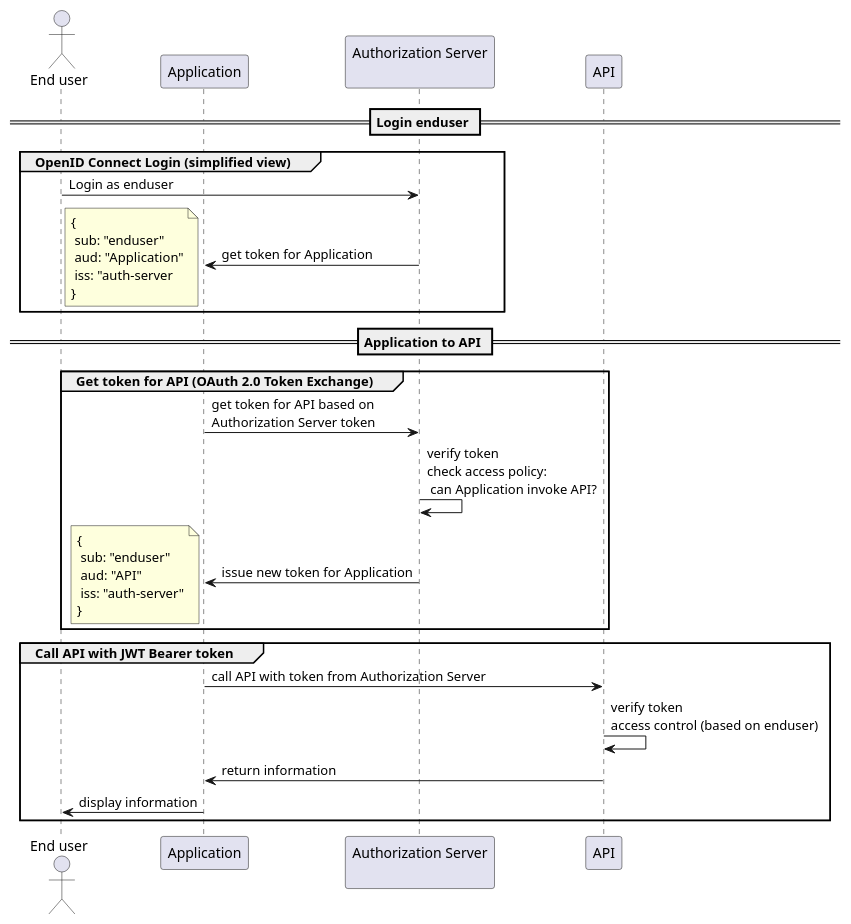
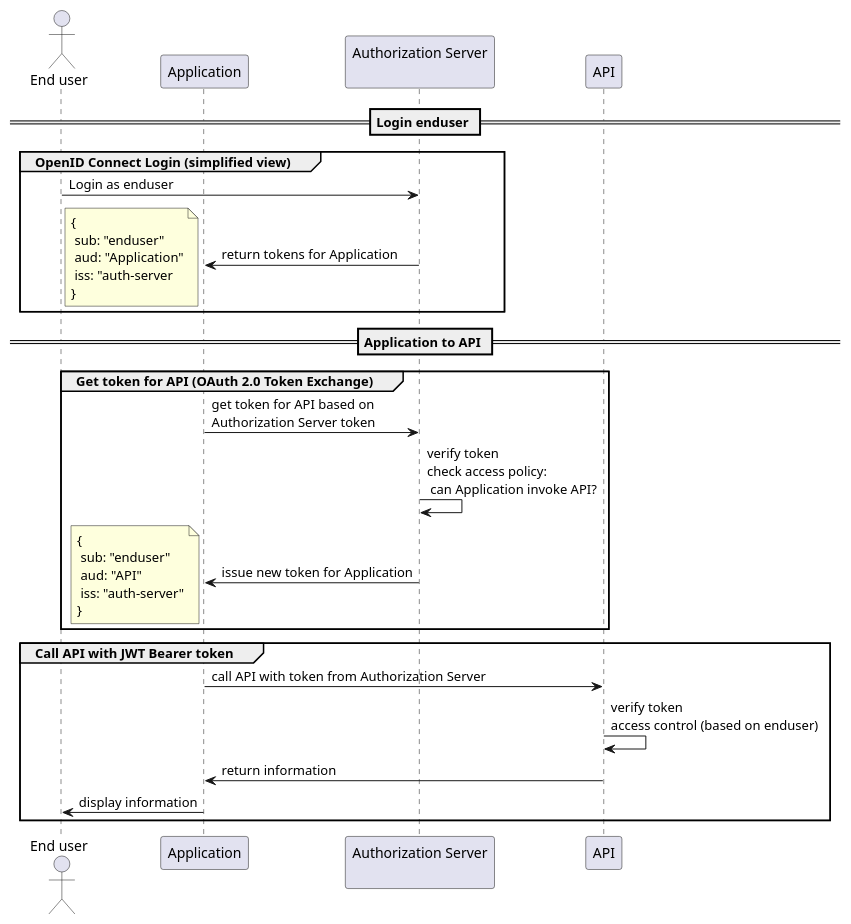
Before and after one commit to sonhal/wasm-oauth-filter: the diagram in doc/token-based-zta.puml, drawn with PlantUML. The commit also changed 3 other files, not shown here.

```diff
--- a/doc/token-based-zta.puml
+++ b/doc/token-based-zta.puml
@@ -1,27 +1,27 @@
 @startuml component
 actor enduser as "End user"
 participant application as "Application"
 participant idprovider as "Authorization Server\n"
 participant API
 
 
 == Login enduser ==
 group OpenID Connect Login (simplified view)
 enduser -> idprovider: Login as enduser
-idprovider -> application: get token for Application
+idprovider -> application: return tokens for Application
 note left: {\n sub: "enduser"\n aud: "Application"\n iss: "auth-server\n}
 end
 == Application to API ==
 group Get token for API (OAuth 2.0 Token Exchange)
 application -> idprovider: get token for API based on\nAuthorization Server token
 idprovider -> idprovider: verify token\ncheck access policy:\n can Application invoke API?
 idprovider -> application: issue new token for Application
 note left: {\n sub: "enduser"\n aud: "API"\n iss: "auth-server"\n}
 end
 group Call API with JWT Bearer token
 application -> API: call API with token from Authorization Server
 API -> API: verify token\naccess control (based on enduser)
 API -> application: return information
 application -> enduser: display information
 end
 @enduml
```
